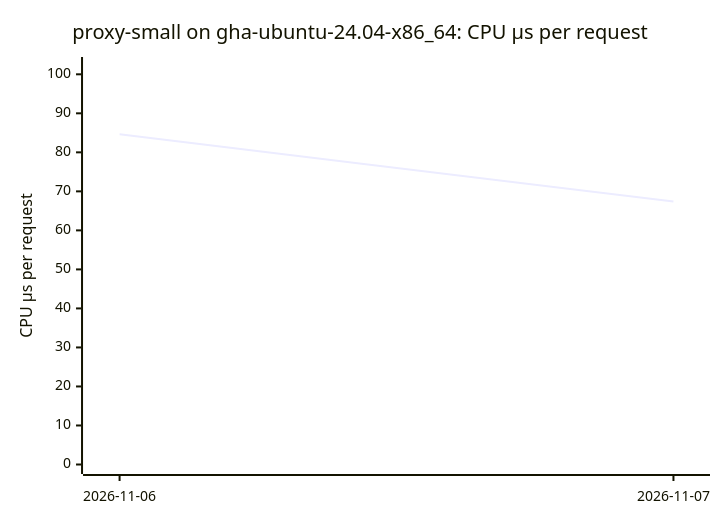
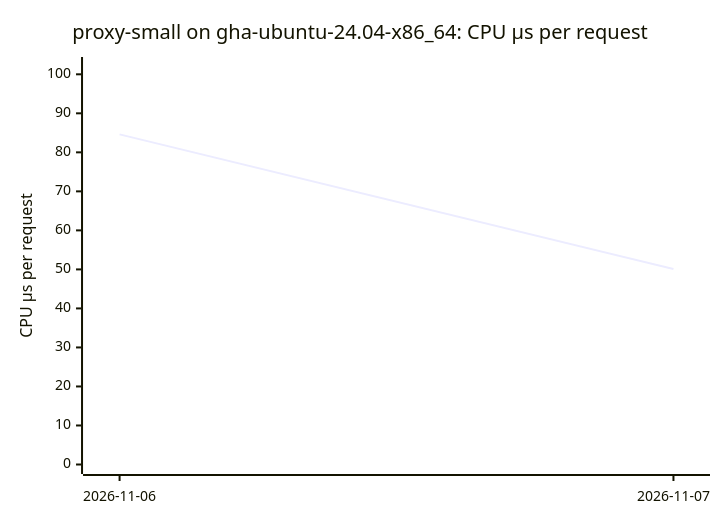
One commit to ThePixelPilgrim/durchlauferhitzer changed the fourth of 16 diagrams in BENCHMARKS.md. Above: the diagram before and after it, drawn with Mermaid. The commit also changed other lines of this file and 1 other file, not shown here.

````diff
--- a/BENCHMARKS.md
+++ b/BENCHMARKS.md
@@ -54,7 +55,7 @@
 ```mermaid
 xychart-beta
   title "proxy-small on gha-ubuntu-24.04-x86_64: CPU µs per request"
   x-axis ["2026-11-06", "2026-11-07"]
   y-axis "CPU µs per request" 0 --> 102
-  line [84.61, 67.40]
+  line [84.61, 50.09]
 ```
````
